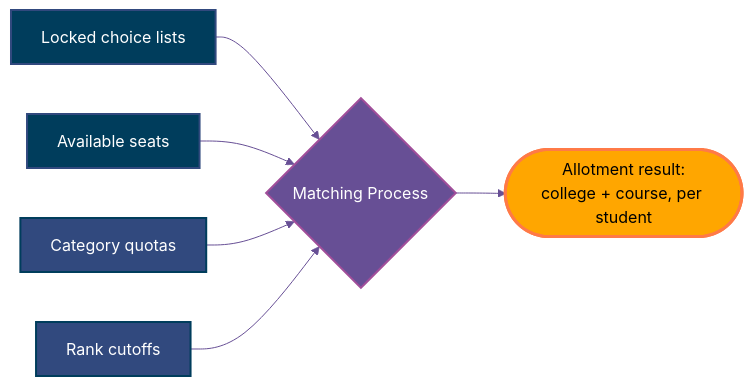
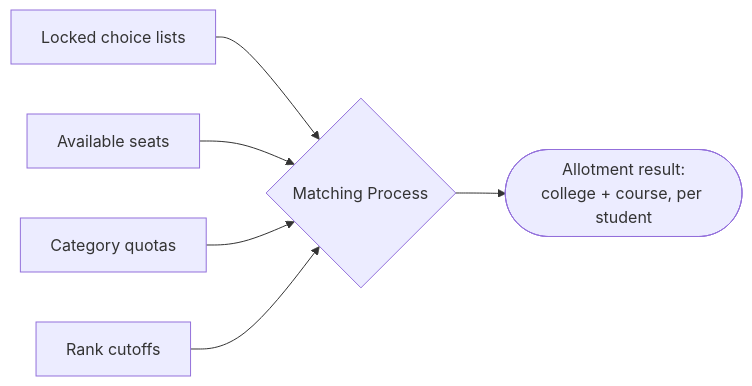
The second of 4 diagrams in getting-started/counselling.mdx (aashrutsharma/whitepaper), drawn with Mermaid before and after one commit. The commit also changed other lines of this file and 16 other files, not shown here.

````diff
--- a/getting-started/counselling.mdx
+++ b/getting-started/counselling.mdx
@@ -117,27 +99,8 @@
 ```mermaid
-%%{init: {
-  'theme': 'base',
-  'themeVariables': {
-    'primaryColor': '#31497e',
-    'primaryTextColor': '#ffffff',
-    'primaryBorderColor': '#003d5c',
-    'lineColor': '#674f95',
-    'background': 'transparent',
-    'fontFamily': 'Inter, sans-serif'
-  }
-}}%%
 flowchart LR
     A[Locked choice lists] --> ALG{Matching Process}
     B[Available seats] --> ALG
     C[Category quotas] --> ALG
     D[Rank cutoffs] --> ALG
     ALG --> E([Allotment result:<br/>college + course, per student])
-
-    style A fill:#003d5c,stroke:#31497e,color:#ffffff,stroke-width:2px
-    style B fill:#003d5c,stroke:#31497e,color:#ffffff,stroke-width:2px
-    style C fill:#31497e,stroke:#003d5c,color:#ffffff,stroke-width:2px
-    style D fill:#31497e,stroke:#003d5c,color:#ffffff,stroke-width:2px
-    
-    style ALG fill:#674f95,stroke:#a14e9a,color:#ffffff,stroke-width:2px
-    style E fill:#ffa600,stroke:#ff7a47,color:#000000,stroke-width:3px
 ```
````
